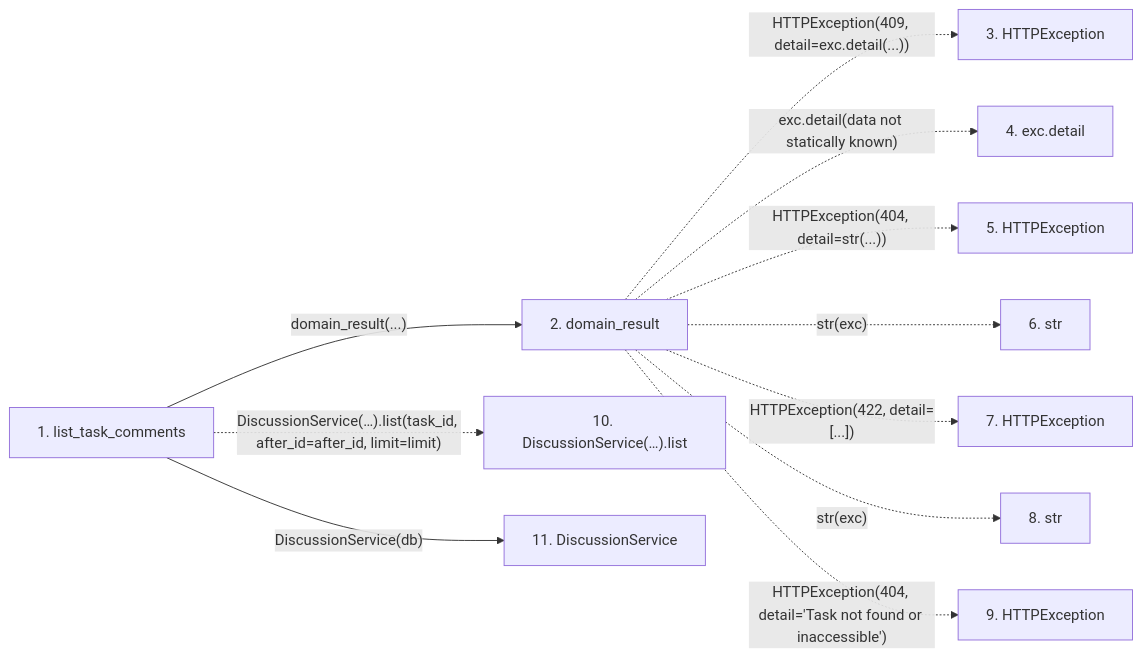
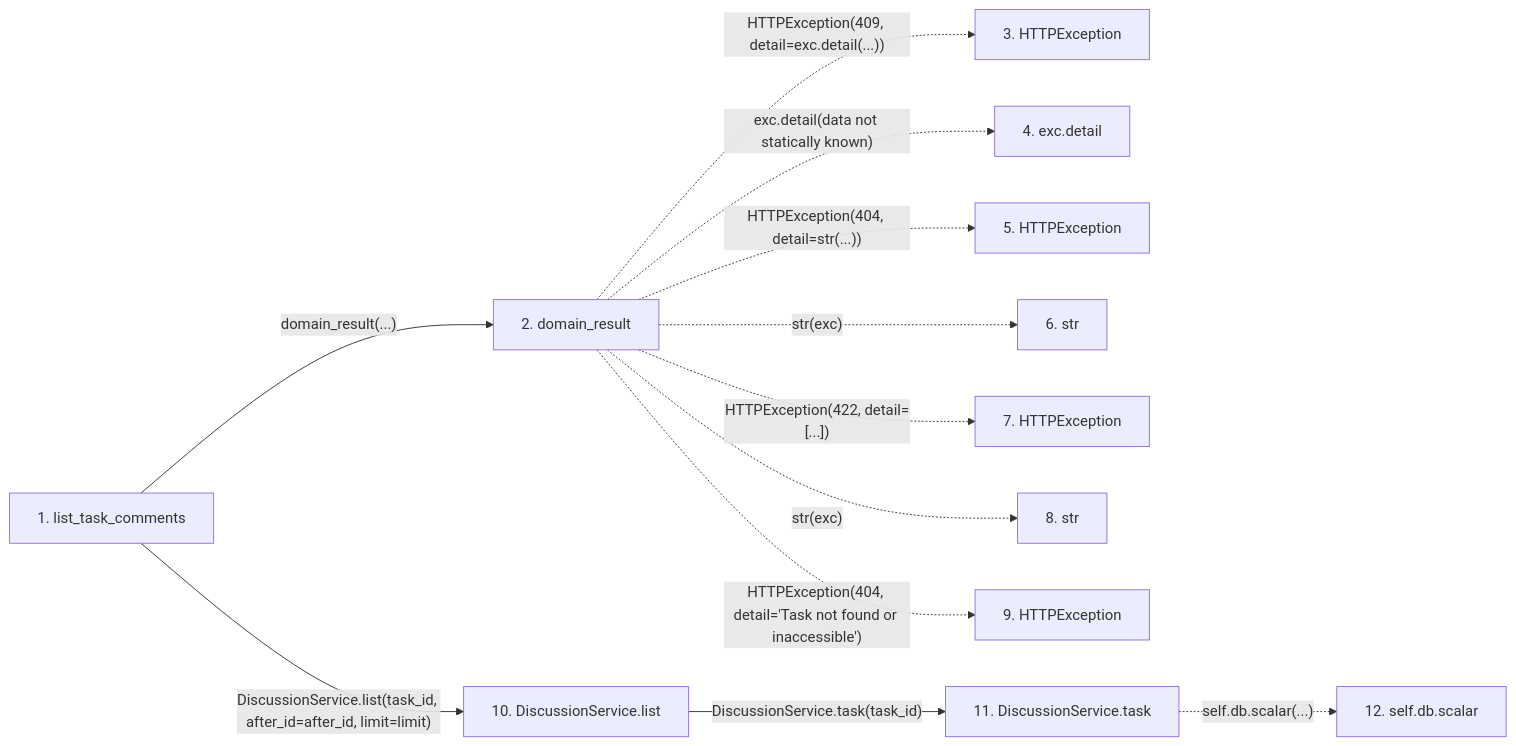
One commit to Denissvgn/WorkChord changed the second of 2 diagrams in docs/llm_wiki/flows/http-list_task_comments.md. Above: the diagram before and after it, drawn with Mermaid. The commit also changed other lines of this file and 25171 other files, not shown here.

````diff
--- a/docs/llm_wiki/flows/http-list_task_comments.md
+++ b/docs/llm_wiki/flows/http-list_task_comments.md
@@ -34,27 +126,30 @@
 ```mermaid
 flowchart LR
     s1["1. list_task_comments"]
     s2["2. domain_result"]
     s3["3. HTTPException"]
     s4["4. exc.detail"]
     s5["5. HTTPException"]
     s6["6. str"]
     s7["7. HTTPException"]
     s8["8. str"]
     s9["9. HTTPException"]
-    s10["10. DiscussionService(…).list"]
-    s11["11. DiscussionService"]
+    s10["10. DiscussionService.list"]
+    s11["11. DiscussionService.task"]
+    s12["12. self.db.scalar"]
     s1 -->|"domain_result(...)"| s2
     s2 -. "HTTPException(409, detail=exc.detail(...))" .-> s3
     s2 -. "exc.detail(data not statically known)" .-> s4
     s2 -. "HTTPException(404, detail=str(...))" .-> s5
     s2 -. "str(exc)" .-> s6
     s2 -. "HTTPException(422, detail=[...])" .-> s7
     s2 -. "str(exc)" .-> s8
     s2 -. "HTTPException(404, detail='Task not found or inaccessible')" .-> s9
-    s1 -. "DiscussionService(…).list(task_id, after_id=after_id, limit=limit)" .-> s10
-    s1 -->|"DiscussionService(db)"| s11
+    s1 -->|"DiscussionService.list(task_id, after_id=after_id, limit=limit)"| s10
+    s10 -->|"DiscussionService.task(task_id)"| s11
+    s11 -. "self.db.scalar(...)" .-> s12
     click s1 "../modules/routers_discussion.md"
     click s2 "../modules/routers_task_domain.md"
+    click s10 "../modules/discussion_service.md"
     click s11 "../modules/discussion_service.md"
 ```
````
